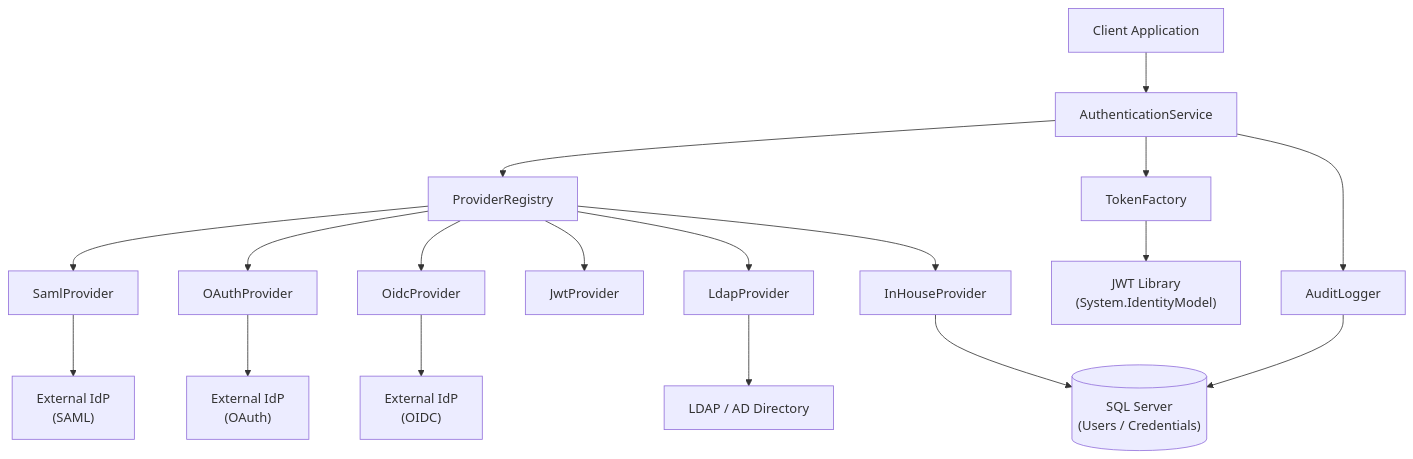
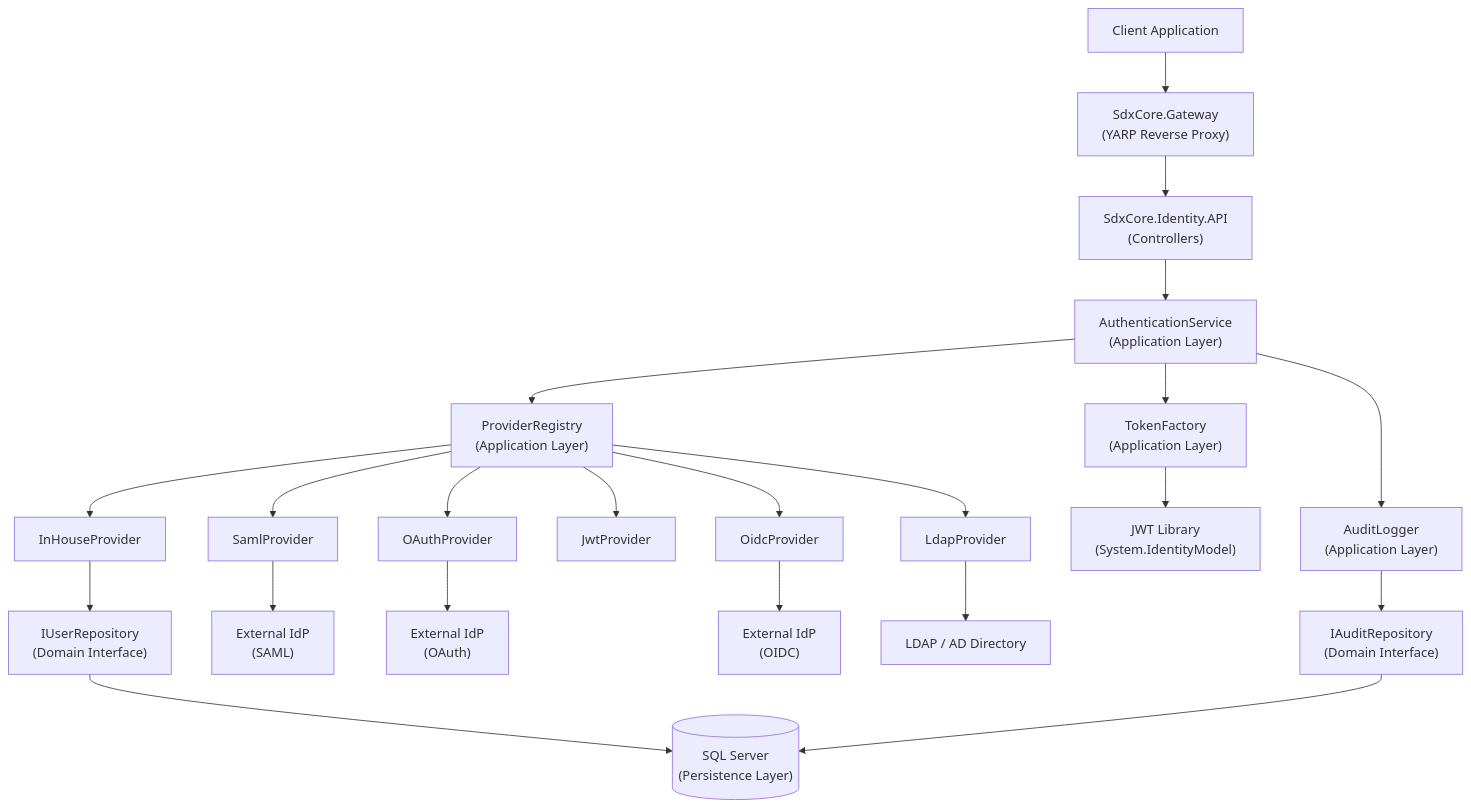
One commit to Deepak0792/OfficeIntranet changed the first of 4 diagrams in .kiro/specs/authentication-module/design.md. Above: the diagram before and after it, drawn with Mermaid. The commit also changed other lines of this file and 1 other file, not shown here.

````diff
--- a/.kiro/specs/authentication-module/design.md
+++ b/.kiro/specs/authentication-module/design.md
@@ -15,23 +61,28 @@
 ```mermaid
 graph TD
-    Client["Client Application"] --> AS["AuthenticationService"]
-    AS --> PR["ProviderRegistry"]
+    Client["Client Application"] --> GW["SdxCore.Gateway<br/>(YARP Reverse Proxy)"]
+    GW --> API["SdxCore.Identity.API<br/>(Controllers)"]
+    API --> AS["AuthenticationService<br/>(Application Layer)"]
+    AS --> PR["ProviderRegistry<br/>(Application Layer)"]
     PR --> SAML["SamlProvider"]
     PR --> OAuth["OAuthProvider"]
     PR --> OIDC["OidcProvider"]
     PR --> JWT["JwtProvider"]
     PR --> LDAP["LdapProvider"]
     PR --> IH["InHouseProvider"]
 
-    IH --> DB[("SQL Server\n(Users / Credentials)")]
-    SAML --> ExtIdP["External IdP\n(SAML)"]
-    OAuth --> ExtIdP2["External IdP\n(OAuth)"]
-    OIDC --> ExtIdP3["External IdP\n(OIDC)"]
+    IH --> Repo["IUserRepository<br/>(Domain Interface)"]
+    Repo --> DB[("SQL Server<br/>(Persistence Layer)")]
+    
+    SAML --> ExtIdP["External IdP<br/>(SAML)"]
+    OAuth --> ExtIdP2["External IdP<br/>(OAuth)"]
+    OIDC --> ExtIdP3["External IdP<br/>(OIDC)"]
     LDAP --> ExtIdP4["LDAP / AD Directory"]
 
-    AS --> TF["TokenFactory"]
-    TF --> JWTLib["JWT Library\n(System.IdentityModel)"]
+    AS --> TF["TokenFactory<br/>(Application Layer)"]
+    TF --> JWTLib["JWT Library<br/>(System.IdentityModel)"]
 
-    AS --> AL["AuditLogger"]
-    AL --> DB
+    AS --> AL["AuditLogger<br/>(Application Layer)"]
+    AL --> AuditRepo["IAuditRepository<br/>(Domain Interface)"]
+    AuditRepo --> DB
 ```
````
